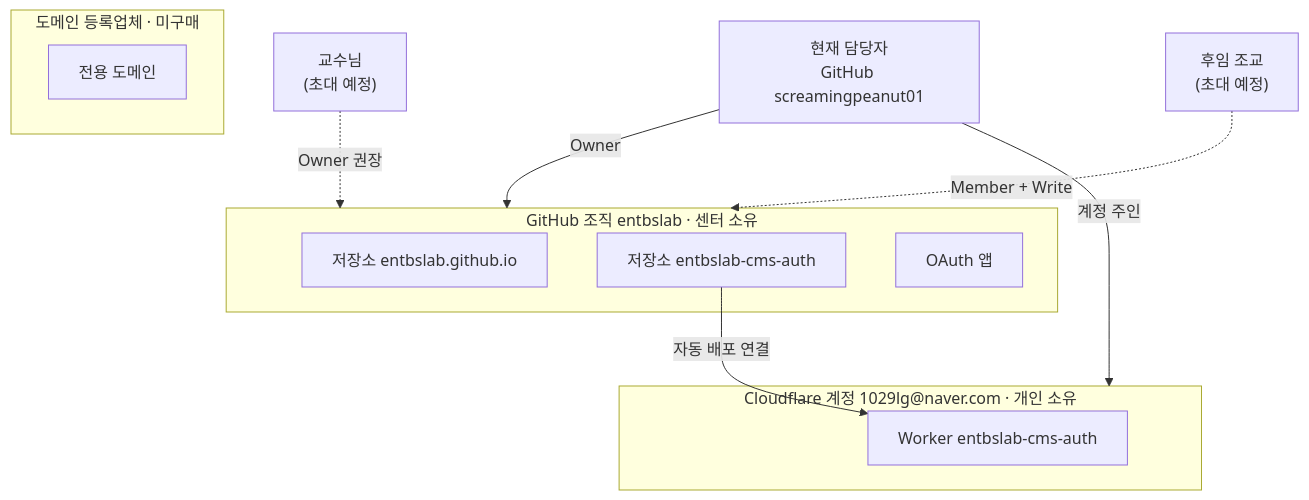
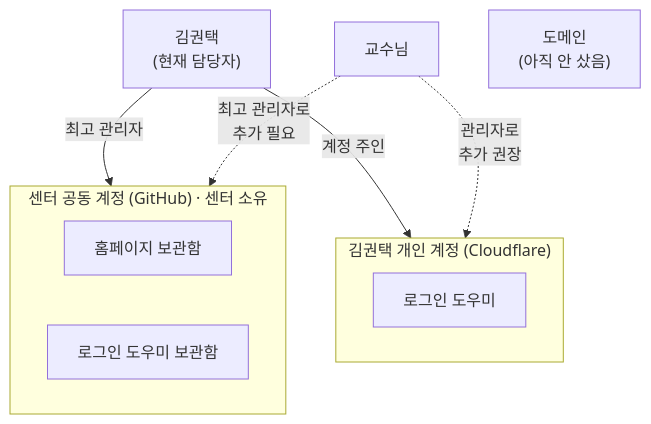
Before and after one commit to entbslab/entbslab.github.io: the third of 4 diagrams in docs/HANDOVER.md, drawn with Mermaid. The commit also changed other lines of this file, not shown here.

Commit message:
인수인계 문서를 비전공자용 표현으로 다시 작성, 담당자 김권택 명시

````diff
--- a/docs/HANDOVER.md
+++ b/docs/HANDOVER.md
@@ -98,22 +80,17 @@
 ```mermaid
 flowchart TD
-  P1["현재 담당자<br/>GitHub screamingpeanut01"]
-  P2["교수님<br/>(초대 예정)"]
-  P3["후임 조교<br/>(초대 예정)"]
-  subgraph ORG["GitHub 조직 entbslab · 센터 소유"]
-    R1["저장소 entbslab.github.io"]
-    R2["저장소 entbslab-cms-auth"]
-    OA["OAuth 앱"]
+  K["김권택<br/>(현재 담당자)"]
+  P["교수님"]
+  subgraph ORG["센터 공동 계정 (GitHub) · 센터 소유"]
+    H["홈페이지 보관함"]
+    L["로그인 도우미 보관함"]
   end
-  subgraph CFA["Cloudflare 계정 1029lg@naver.com · 개인 소유"]
-    W["Worker entbslab-cms-auth"]
+  subgraph CF["김권택 개인 계정 (Cloudflare)"]
+    W["로그인 도우미"]
   end
-  subgraph DOM["도메인 등록업체 · 미구매"]
-    D["전용 도메인"]
-  end
-  P1 -->|Owner| ORG
-  P2 -.->|Owner 권장| ORG
-  P3 -.->|Member + Write| ORG
-  P1 -->|계정 주인| CFA
-  R2 -->|자동 배포 연결| W
+  DM["도메인<br/>(아직 안 샀음)"]
+  K -->|"최고 관리자"| ORG
+  K -->|"계정 주인"| CF
+  P -.->|"최고 관리자로<br/>추가 필요"| ORG
+  P -.->|"관리자로<br/>추가 권장"| CF
 ```
````
